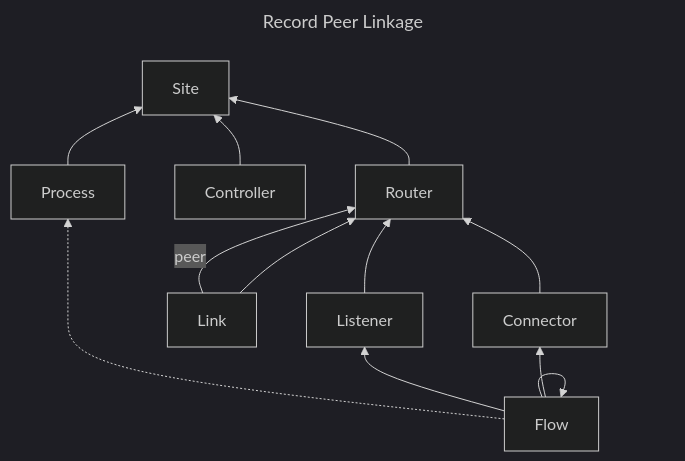
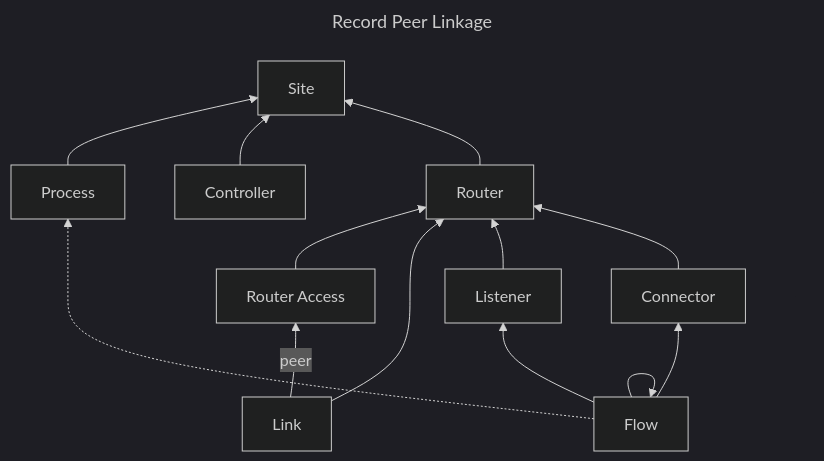
One commit to skupperproject/vanflow-specification changed the first of 3 diagrams in README.md. Above: the diagram before and after it, drawn with Mermaid (dark theme). The commit also changed other lines of this file, not shown here.

Commit message:
Updates for Router Access and Administrative Link Records

````diff
--- a/README.md
+++ b/README.md
@@ -360,19 +376,20 @@
 ```mermaid
 ---
 title: Record Peer Linkage
 ---
 flowchart BT;
     s["Site"];
     proc["Process"] --> s;
     ctrlr["Controller"] --> s;
     rtr["Router"] --> s;
-    link["Link"] -->|peer| rtr;
+    ra["Router Access"] --> rtr;
+    link["Link"] -->|peer| ra;
     link["Link"] --> rtr;
     lst["Listener"] --> rtr;
     cnctr["Connector"] --> rtr;
     flow["Flow"] --> |counterflow| flow;
     flow --> flow;
     flow --> lst;
     flow --> cnctr;
     flow -.-> proc;
 ```
````
